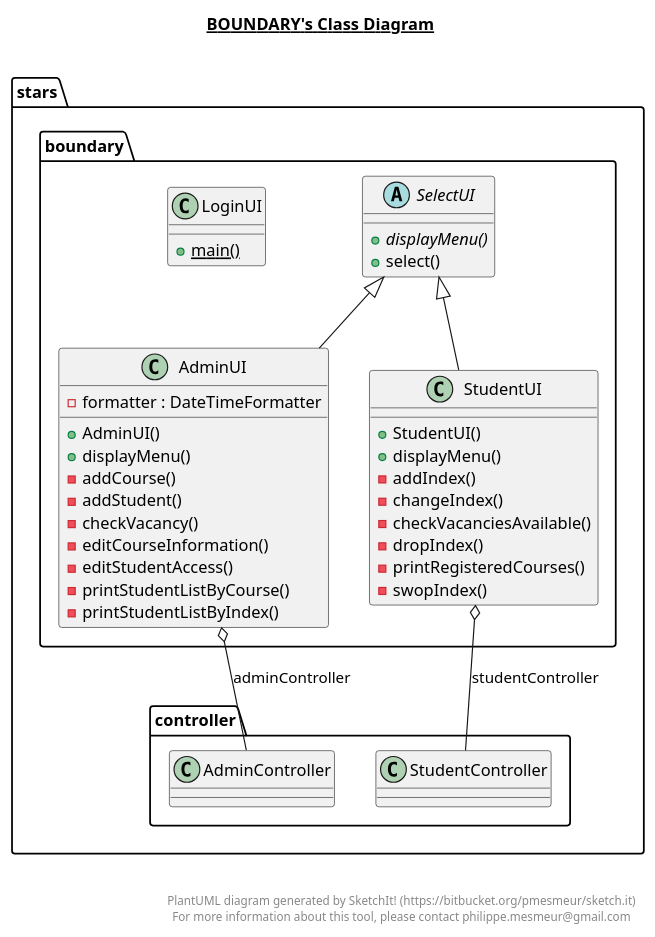
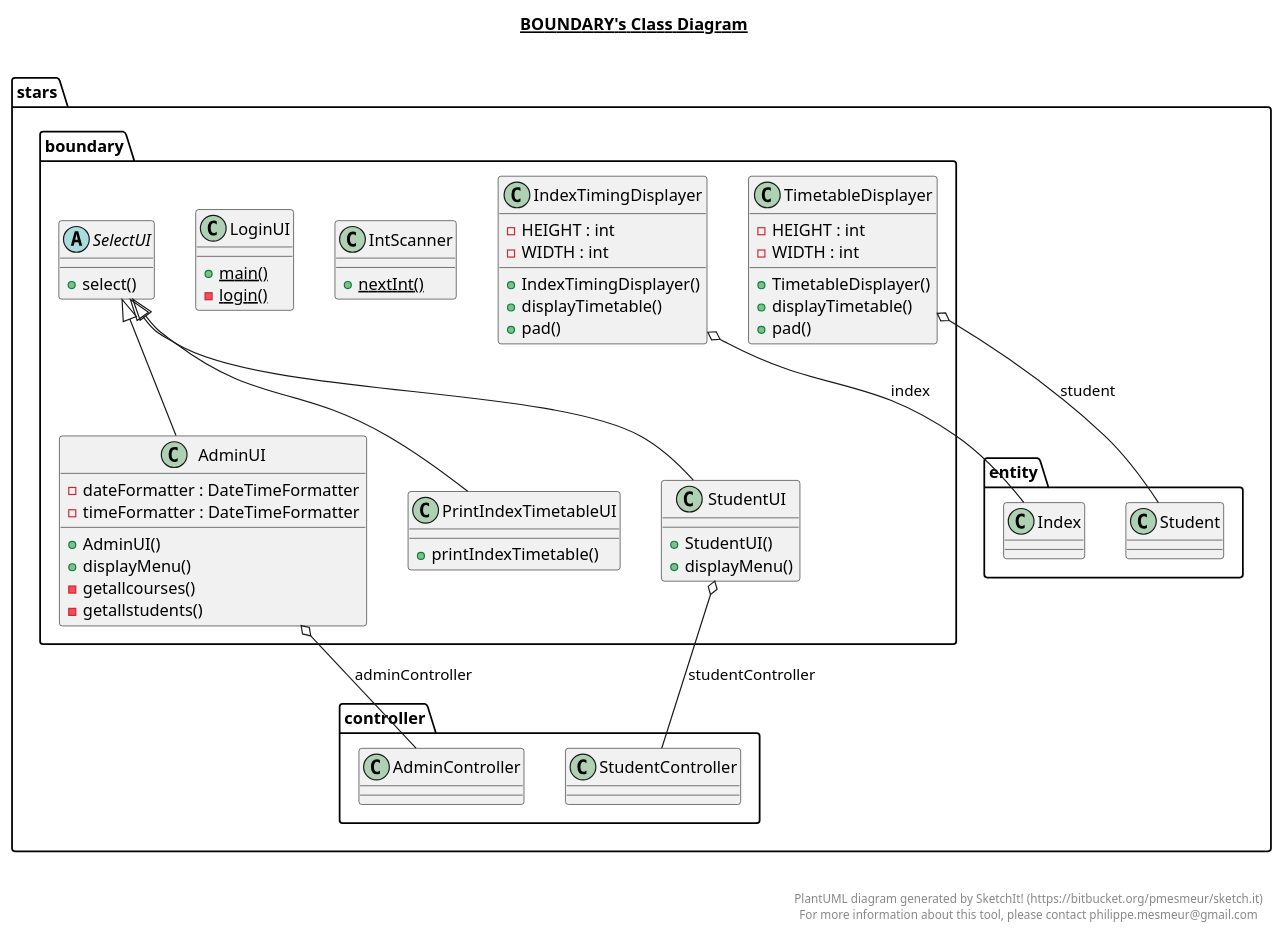
One commit to shengjie98/CZ2002 changed the diagram in stars/boundary/boundary.plantuml. Above: the diagram before and after it, drawn with PlantUML. The commit also changed 6 other files, not shown here.

Commit message:
uml diag

```diff
--- a/stars/boundary/boundary.plantuml
+++ b/stars/boundary/boundary.plantuml
@@ -1,63 +1,92 @@
 @startuml
 
 title __BOUNDARY's Class Diagram__\n
 
   namespace stars.boundary {
     class stars.boundary.AdminUI {
-        - formatter : DateTimeFormatter
+        - dateFormatter : DateTimeFormatter
+        - timeFormatter : DateTimeFormatter
         + AdminUI()
         + displayMenu()
-        - addCourse()
-        - addStudent()
-        - checkVacancy()
-        - editCourseInformation()
-        - editStudentAccess()
-        - printStudentListByCourse()
-        - printStudentListByIndex()
+        - getallcourses()
+        - getallstudents()
+    }
+  }
+  
+
+  namespace stars.boundary {
+    class stars.boundary.IndexTimingDisplayer {
+        - HEIGHT : int
+        - WIDTH : int
+        + IndexTimingDisplayer()
+        + displayTimetable()
+        + pad()
+    }
+  }
+  
+
+  namespace stars.boundary {
+    class stars.boundary.IntScanner {
+        {static} + nextInt()
     }
   }
   
 
   namespace stars.boundary {
     class stars.boundary.LoginUI {
         {static} + main()
+        {static} - login()
+    }
+  }
+  
+
+  namespace stars.boundary {
+    class stars.boundary.PrintIndexTimetableUI {
+        + printIndexTimetable()
     }
   }
   
 
   namespace stars.boundary {
     abstract class stars.boundary.SelectUI {
-        {abstract} + displayMenu()
         + select()
     }
   }
   
 
   namespace stars.boundary {
     class stars.boundary.StudentUI {
         + StudentUI()
         + displayMenu()
-        - addIndex()
-        - changeIndex()
-        - checkVacanciesAvailable()
-        - dropIndex()
-        - printRegisteredCourses()
-        - swopIndex()
+    }
+  }
+  
+
+  namespace stars.boundary {
+    class stars.boundary.TimetableDisplayer {
+        - HEIGHT : int
+        - WIDTH : int
+        + TimetableDisplayer()
+        + displayTimetable()
+        + pad()
     }
   }
   
 
   stars.boundary.AdminUI -up-|> stars.boundary.SelectUI
   stars.boundary.AdminUI o-- stars.controller.AdminController : adminController
+  stars.boundary.IndexTimingDisplayer o-- stars.entity.Index : index
+  stars.boundary.PrintIndexTimetableUI -up-|> stars.boundary.SelectUI
   stars.boundary.StudentUI -up-|> stars.boundary.SelectUI
   stars.boundary.StudentUI o-- stars.controller.StudentController : studentController
+  stars.boundary.TimetableDisplayer o-- stars.entity.Student : student
 
 
 right footer
 
 
 PlantUML diagram generated by SketchIt! (https://bitbucket.org/pmesmeur/sketch.it)
 For more information about this tool, please contact philippe.mesmeur@gmail.com
 endfooter
 
 @enduml
```
